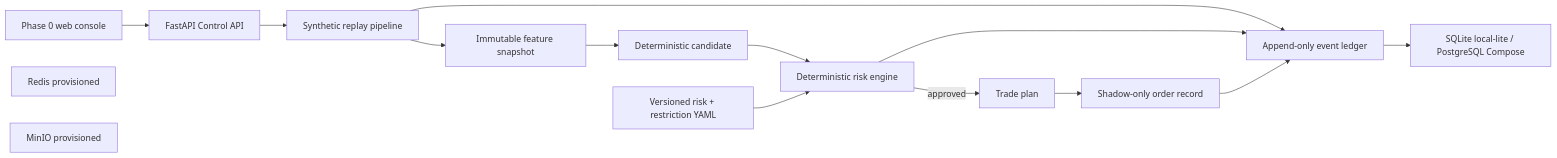
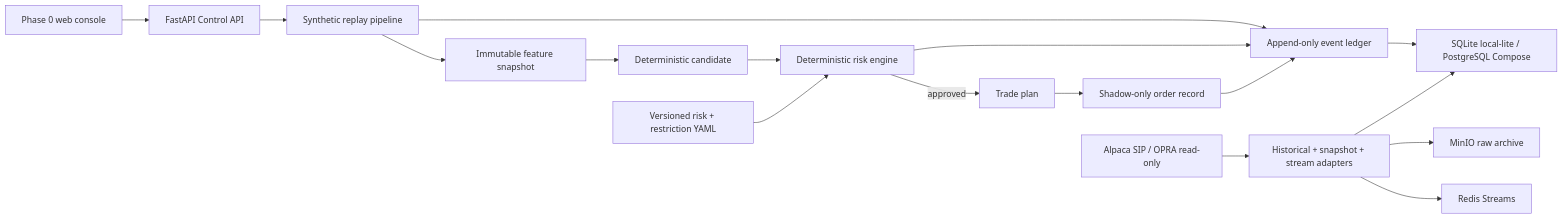
The first of 2 diagrams in context.md (wsjnohyeah/qagent), drawn with Mermaid before and after one commit. The commit also changed other lines of this file and 47 other files, not shown here.

Commit message:
Add read-only Alpaca market-data foundation

````diff
--- a/context.md
+++ b/context.md
@@ -109,17 +115,19 @@
 ```mermaid
 flowchart LR
     UI["Phase 0 web console"] --> API["FastAPI Control API"]
     API --> PIPE["Synthetic replay pipeline"]
     PIPE --> FEAT["Immutable feature snapshot"]
     FEAT --> STRAT["Deterministic candidate"]
     STRAT --> RISK["Deterministic risk engine"]
     CONFIG["Versioned risk + restriction YAML"] --> RISK
     RISK -->|approved| PLAN["Trade plan"]
     PLAN --> SHADOW["Shadow-only order record"]
     PIPE --> LEDGER["Append-only event ledger"]
     RISK --> LEDGER
     SHADOW --> LEDGER
     LEDGER --> DB["SQLite local-lite / PostgreSQL Compose"]
-    REDIS["Redis provisioned"]
-    MINIO["MinIO provisioned"]
+    ALPACA["Alpaca SIP / OPRA read-only"] --> INGEST["Historical + snapshot + stream adapters"]
+    INGEST --> MINIO["MinIO raw archive"]
+    INGEST --> DB
+    INGEST --> REDIS["Redis Streams"]
 ```
````
